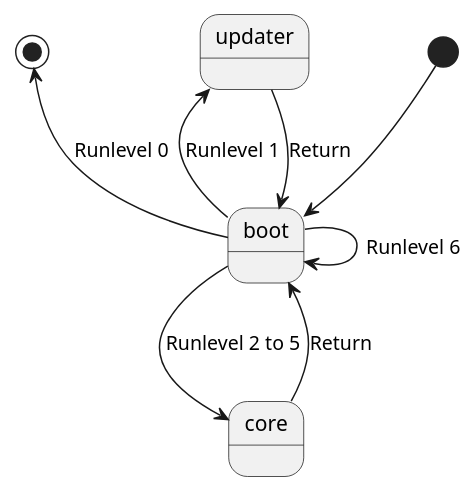
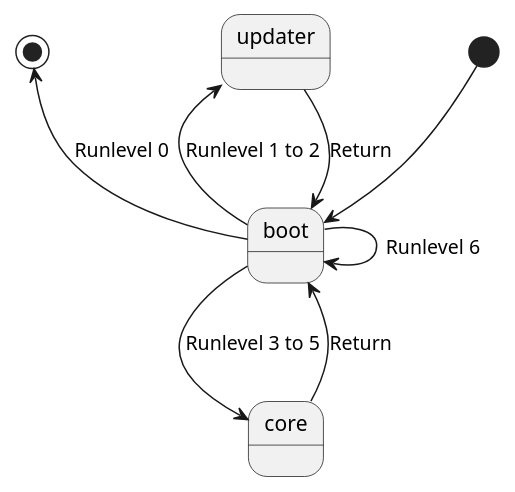
The second of 2 diagrams in README.md (kokabe2/surfes), drawn with PlantUML before and after one commit. The commit also changed other lines of this file, not shown here.

````diff
--- a/README.md
+++ b/README.md
@@ -51,17 +49,17 @@
 ```plantuml
 @startuml state machine diagram
 skinparam {
     defaultFontName Ricty Diminished
     monochrome true
 }
 
 [*] --> boot
-boot -left-> updater : Runlevel 1
+boot -left-> updater : Runlevel 1 to 2
 updater --> boot : Return
-boot --> core : Runlevel 2 to 5
+boot --> core : Runlevel 3 to 5
 core --> boot : Return
 boot --> boot : Runlevel 6
 boot -up-> [*] : Runlevel 0
 
 @enduml
 ```
````
